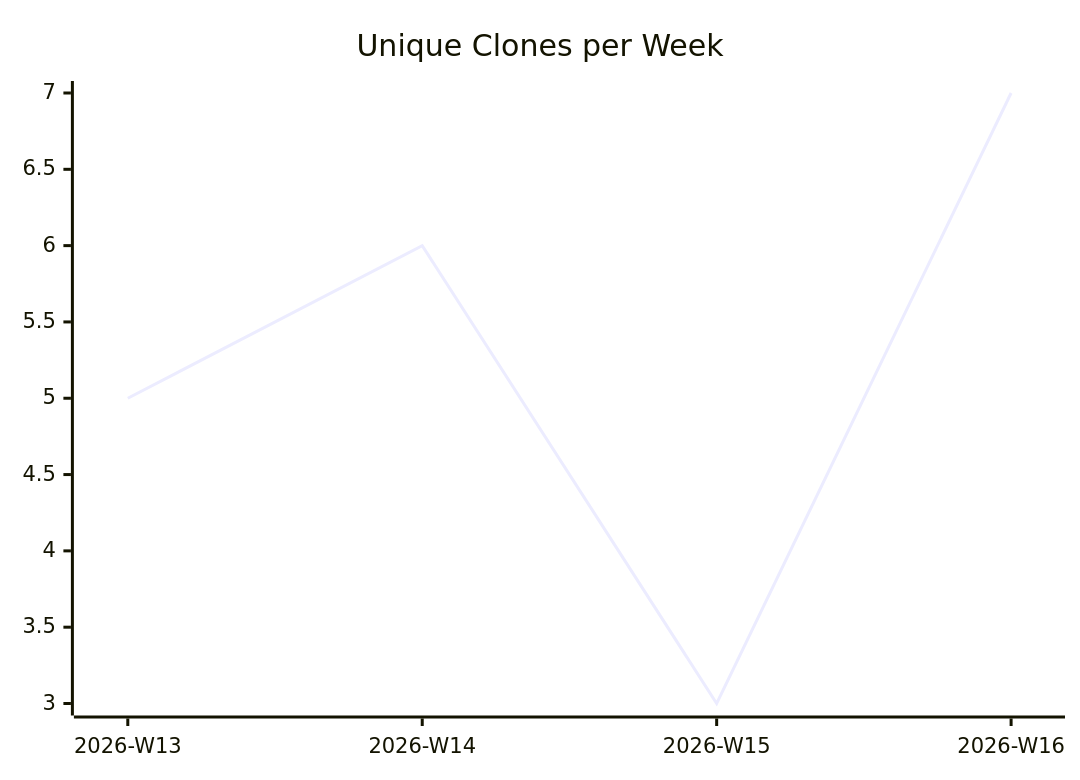
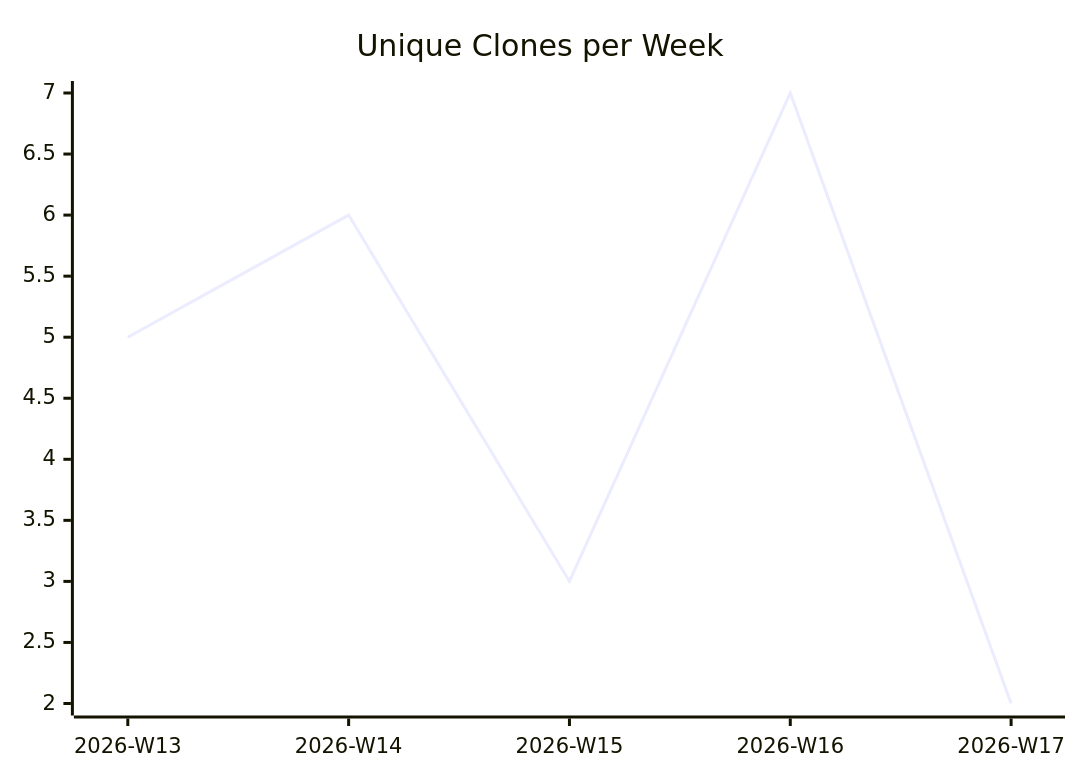
The third of 3 diagrams in karlmdavis/kxml2/README.md (justdavis-family/github-analytics-data), drawn with Mermaid before and after one commit. The commit also changed other lines of this file and 192 other files, not shown here.

````diff
--- a/karlmdavis/kxml2/README.md
+++ b/karlmdavis/kxml2/README.md
@@ -19,6 +19,6 @@
 ```mermaid
 xychart-beta
   title "Unique Clones per Week"
-  x-axis ["2026-W13", "2026-W14", "2026-W15", "2026-W16"]
-  line [5, 6, 3, 7]
+  x-axis ["2026-W13", "2026-W14", "2026-W15", "2026-W16", "2026-W17"]
+  line [5, 6, 3, 7, 2]
 ```
````
